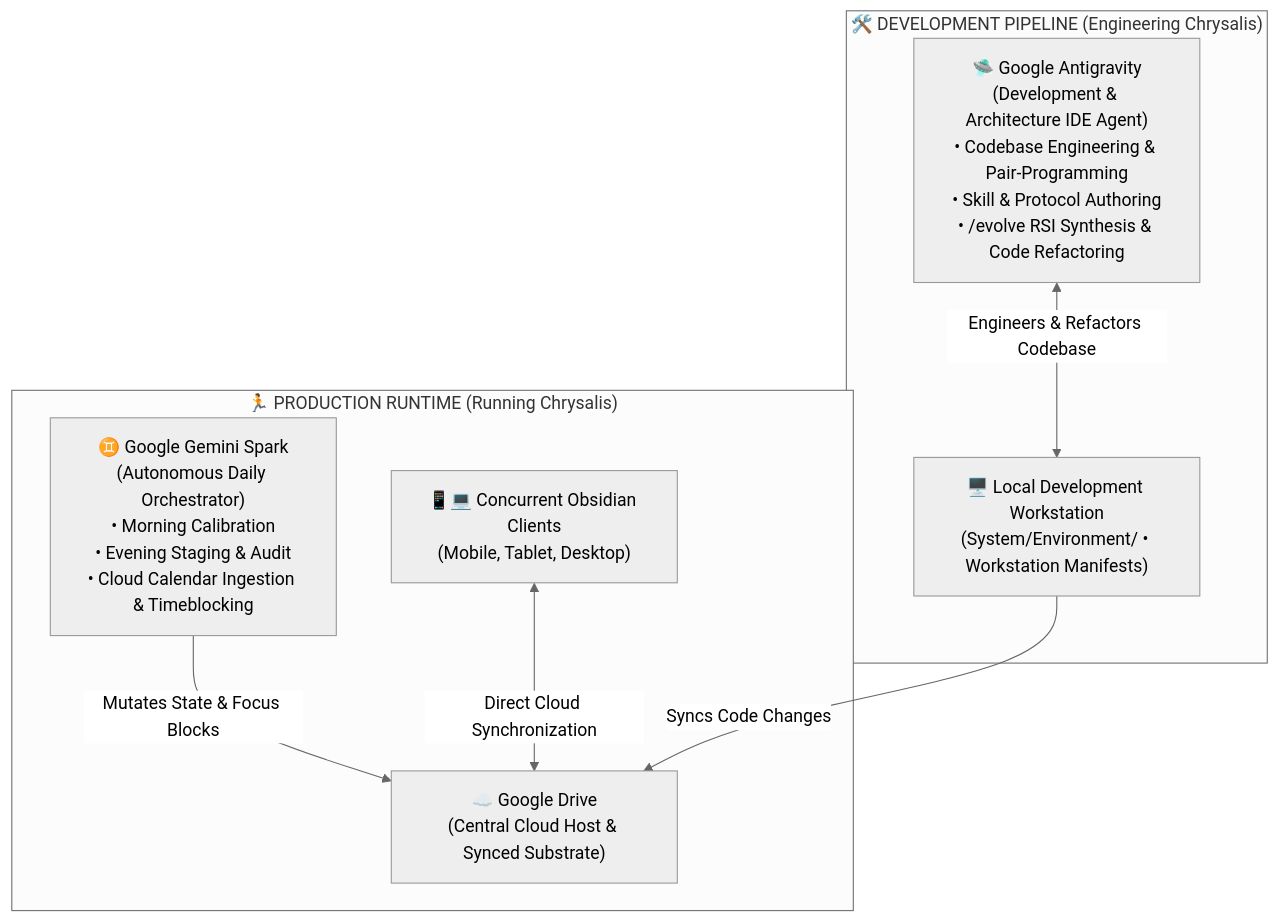
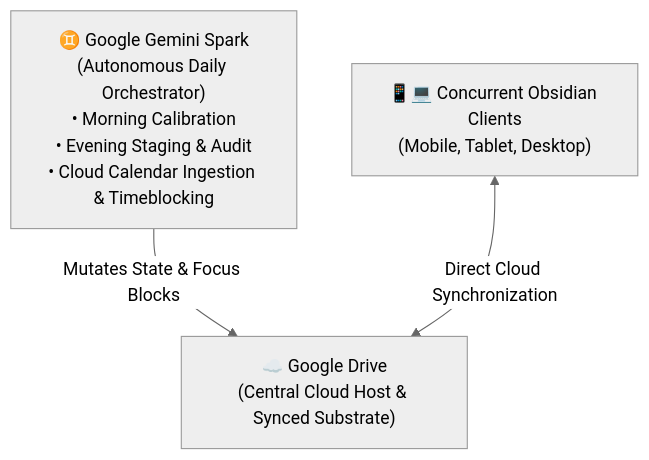
The diagram in README.md (tama-gucci/chrysalis), drawn with Mermaid (neutral theme) before and after one commit. The commit also changed other lines of this file and 2 other files, not shown here.

Commit message:
refactor(docs): remove division of labor in favor of user-first architecture and developer extension guide

````diff
--- a/README.md
+++ b/README.md
@@ -13,19 +13,9 @@
 ```mermaid
 graph TD
-    subgraph Production ["🏃 PRODUCTION RUNTIME (Running Chrysalis)"]
-        GDrive["☁️ Google Drive<br/>(Central Cloud Host & Synced Substrate)"]
-        GeminiSpark["♊ Google Gemini Spark<br/>(Autonomous Daily Orchestrator)<br/>• Morning Calibration<br/>• Evening Staging & Audit<br/>• Cloud Calendar Ingestion & Timeblocking"]
-        Clients["📱💻 Concurrent Obsidian Clients<br/>(Mobile, Tablet, Desktop)"]
-        
-        GeminiSpark -->|Mutates State & Focus Blocks| GDrive
-        Clients <-->|Direct Cloud Synchronization| GDrive
-    end
-
-    subgraph Development ["🛠️ DEVELOPMENT PIPELINE (Engineering Chrysalis)"]
-        Workstation["🖥️ Local Development Workstation<br/>(System/Environment/ • Workstation Manifests)"]
-        Antigravity["🛸 Google Antigravity<br/>(Development & Architecture IDE Agent)<br/>• Codebase Engineering & Pair-Programming<br/>• Skill & Protocol Authoring<br/>• /evolve RSI Synthesis & Code Refactoring"]
-        
-        Antigravity <-->|Engineers & Refactors Codebase| Workstation
-        Workstation -->|Syncs Code Changes| GDrive
-    end
+    GDrive["☁️ Google Drive<br/>(Central Cloud Host & Synced Substrate)"]
+    GeminiSpark["♊ Google Gemini Spark<br/>(Autonomous Daily Orchestrator)<br/>• Morning Calibration<br/>• Evening Staging & Audit<br/>• Cloud Calendar Ingestion & Timeblocking"]
+    Clients["📱💻 Concurrent Obsidian Clients<br/>(Mobile, Tablet, Desktop)"]
+    
+    GeminiSpark -->|Mutates State & Focus Blocks| GDrive
+    Clients <-->|Direct Cloud Synchronization| GDrive
 ```
````
